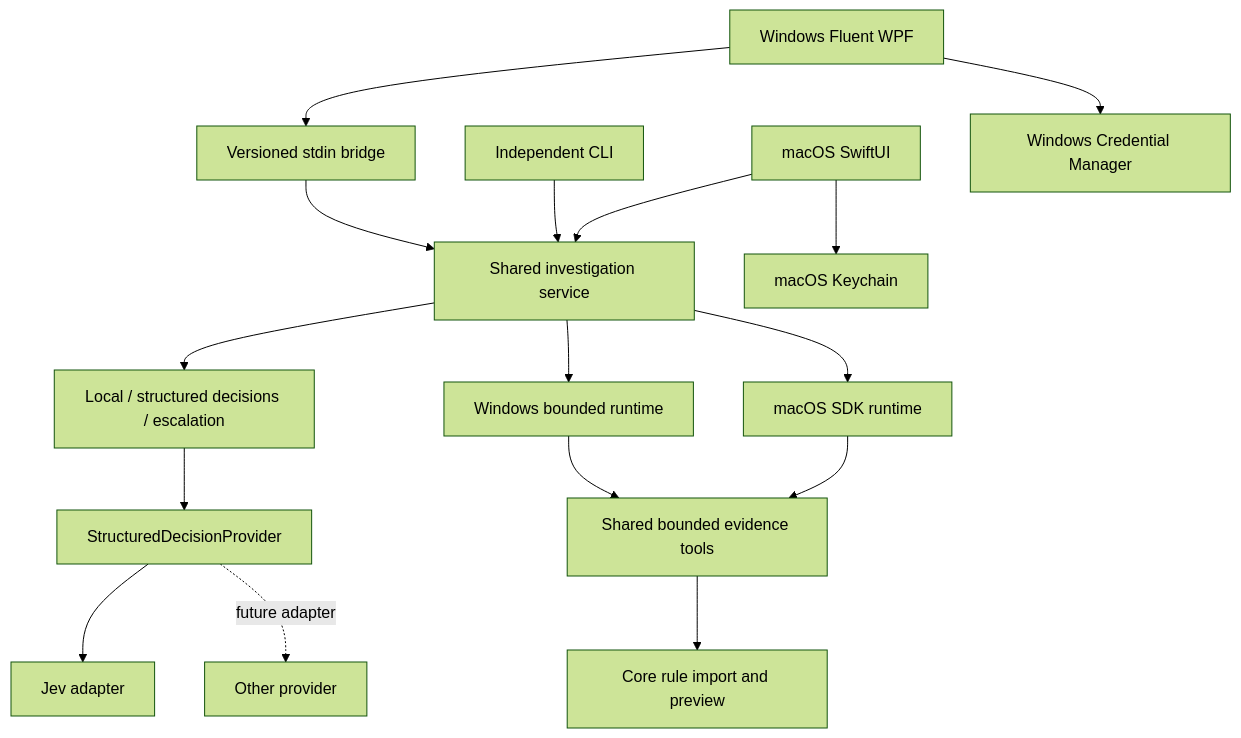
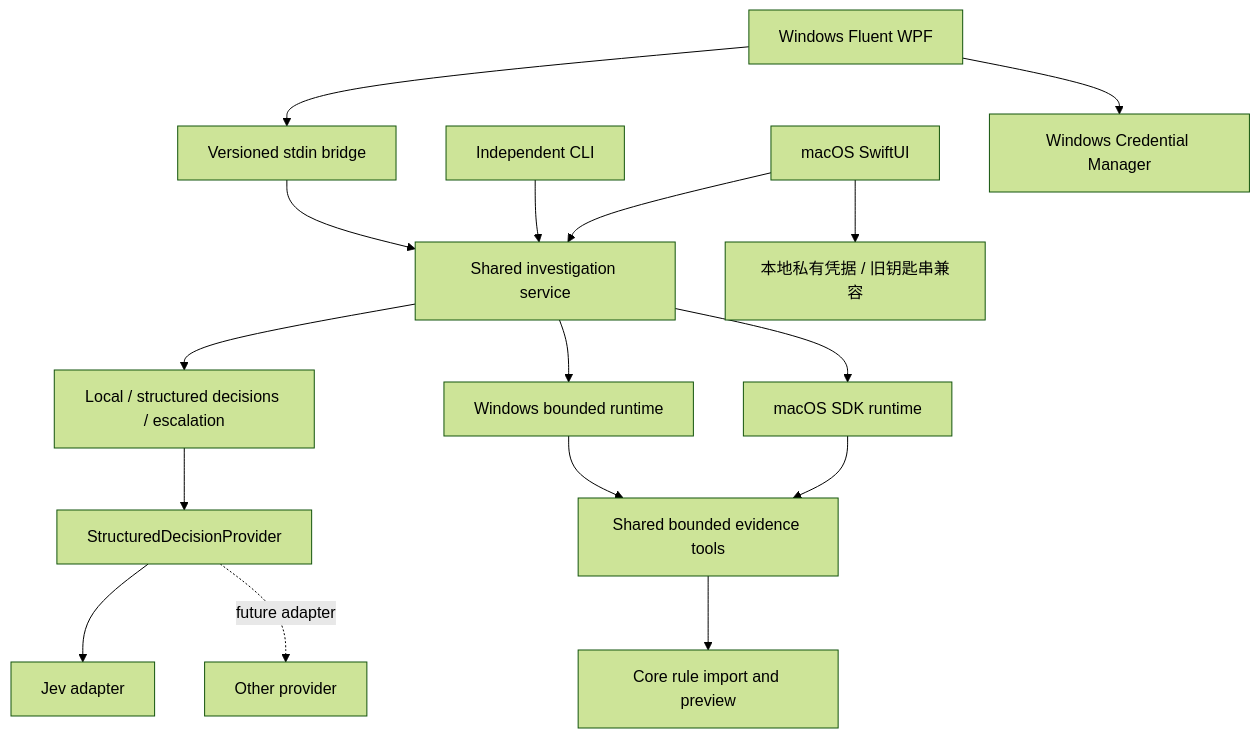
One commit to limecloud/shou changed diagram 11 of 15 in docs/zh-CN/architecture/embedded-ai.md. Above: the diagram before and after it, drawn with Mermaid (forest theme). The commit also changed other lines of this file and 112 other files, not shown here.

````diff
--- a/docs/zh-CN/architecture/embedded-ai.md
+++ b/docs/zh-CN/architecture/embedded-ai.md
@@ -372,18 +372,18 @@
 ```mermaid
 flowchart TB
     Mac[macOS SwiftUI] --> Service[Shared investigation service]
     Win[Windows Fluent WPF] --> Bridge[Versioned stdin bridge]
     CLI[Independent CLI] --> Service
     Bridge --> Service
     Service --> Router[Local / structured decisions / escalation]
     Router --> Provider[StructuredDecisionProvider]
     Provider --> Jev[Jev adapter]
     Provider -. future adapter .-> Future[Other provider]
     Service --> MacRuntime[macOS SDK runtime]
     Service --> Portable[Windows bounded runtime]
     MacRuntime --> Tools[Shared bounded evidence tools]
     Portable --> Tools
     Tools --> Core[Core rule import and preview]
     Win --> Credentials[Windows Credential Manager]
-    Mac --> Keychain[macOS Keychain]
+    Mac --> LocalKeys[本地私有凭据 / 旧钥匙串兼容]
 ```
````
